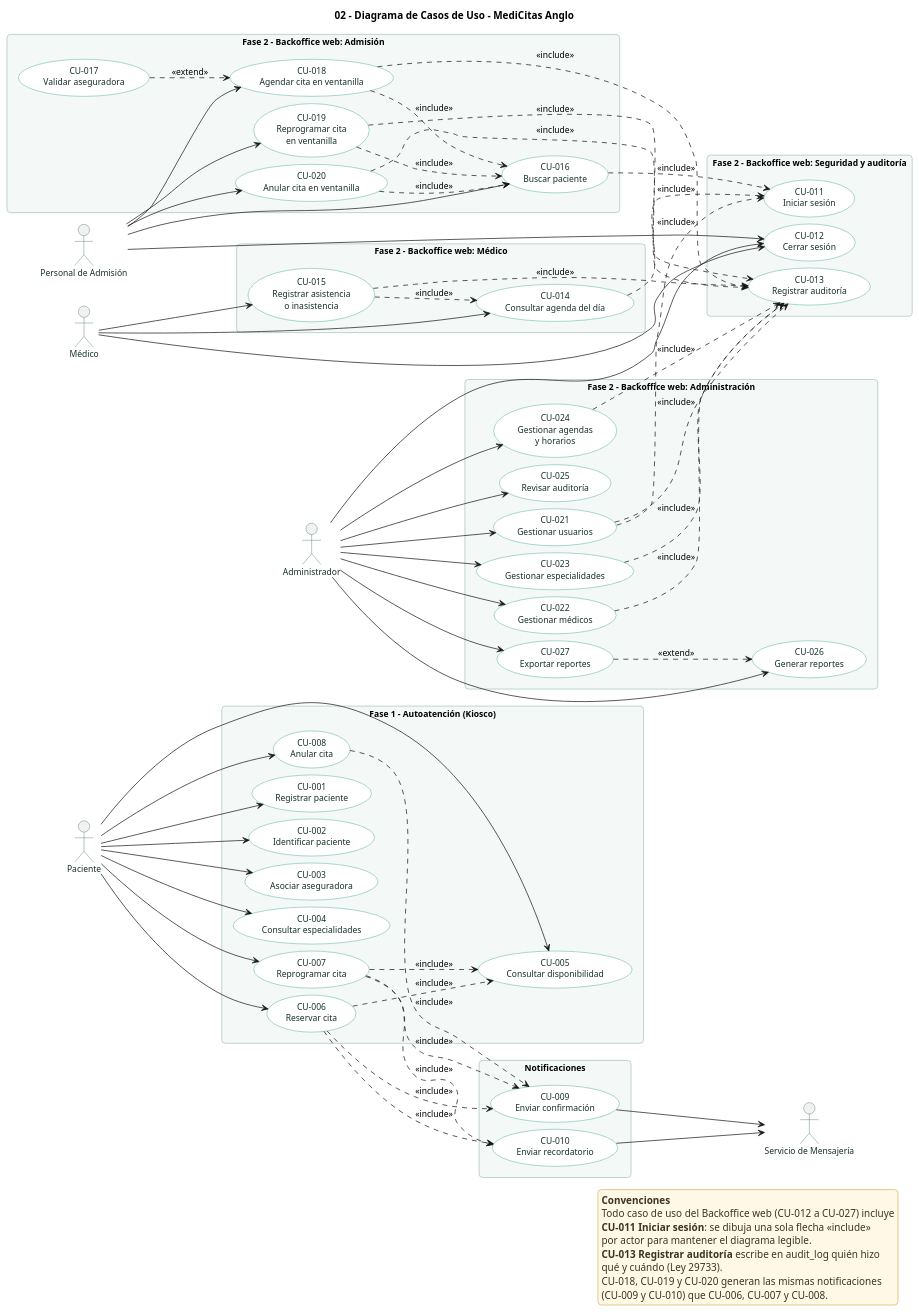
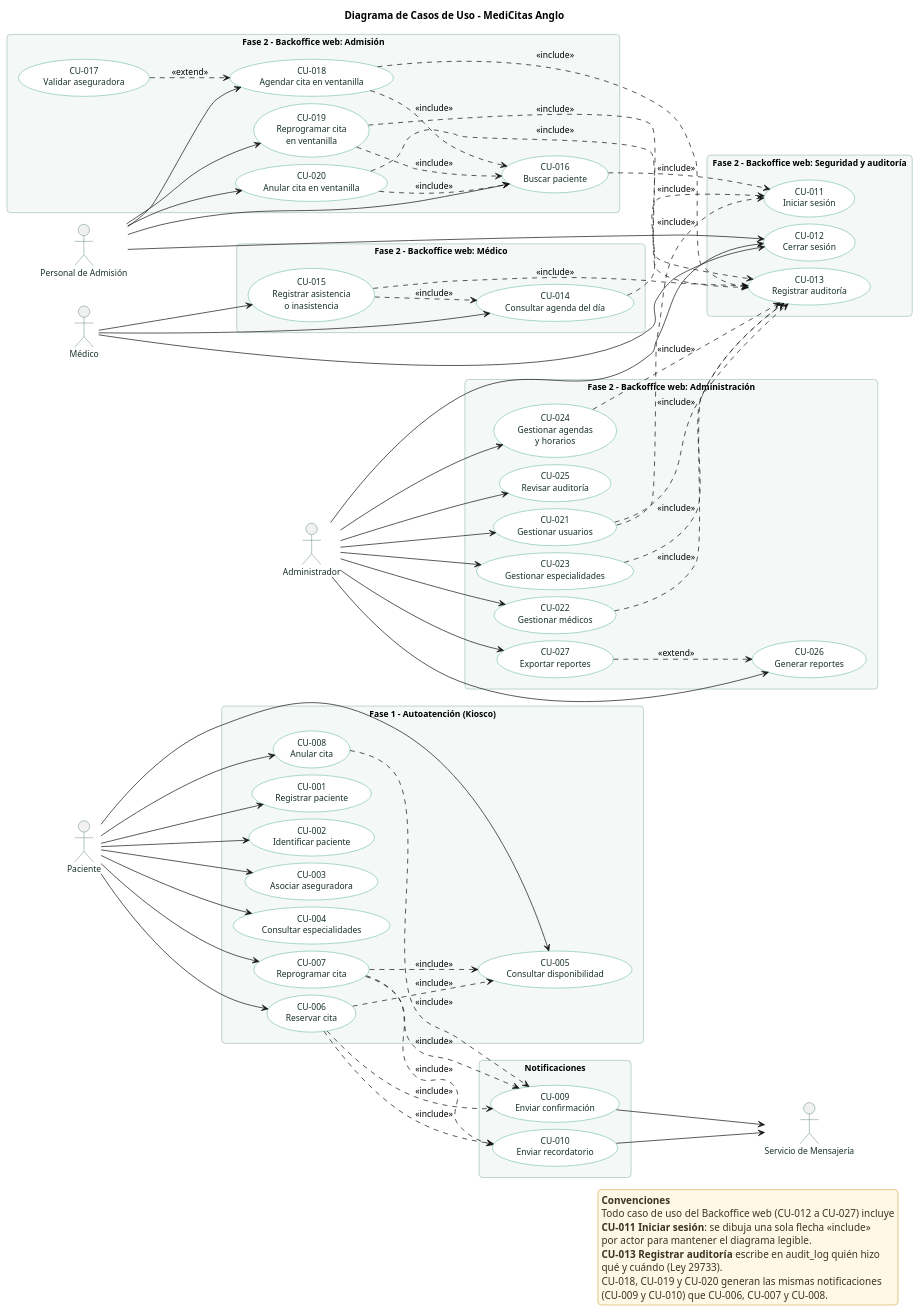
One commit to Jimena-CC/ProyectoCitasMedicas changed the diagram in docs/diagrams/use-cases/use-case-diagram.puml. Above: the diagram before and after it, drawn with PlantUML. The commit also changed 11 other files, not shown here.

Commit message:
docs(diagramas): quitar numeración de los títulos de los diagramas

```diff
--- a/docs/diagrams/use-cases/use-case-diagram.puml
+++ b/docs/diagrams/use-cases/use-case-diagram.puml
@@ -1,177 +1,177 @@
 @startuml
-title 02 - Diagrama de Casos de Uso - MediCitas Anglo
+title Diagrama de Casos de Uso - MediCitas Anglo
 
 left to right direction
 
 skinparam shadowing false
 skinparam roundCorner 10
 skinparam defaultFontName "Helvetica"
 skinparam defaultFontSize 12
 skinparam nodesep 10
 skinparam ranksep 60
 skinparam packageStyle rectangle
 
 skinparam actor {
   BorderColor #2F5D56
   FontColor #17302B
 }
 
 skinparam usecase {
   BackgroundColor #FFFFFF
   BorderColor #13917D
   FontColor #17302B
 }
 
 skinparam package {
   BackgroundColor #F4F8F7
   BorderColor #A9C4BD
   FontColor #17302B
   BorderStyle dashed
 }
 
 skinparam legend {
   BackgroundColor #FFF8E6
   BorderColor #D9B45A
   FontColor #3D3321
 }
 
 ' ---------------------------------------------------------------
 ' Actores (los internos usan el Backoffice web; el Paciente, el Kiosco)
 ' ---------------------------------------------------------------
 actor Paciente as Paciente
 actor "Personal de Admisión" as Admision
 actor Médico as Medico
 actor Administrador as Admin
 actor "Servicio de Mensajería" as Mensajeria
 
 ' ---------------------------------------------------------------
 ' Casos de uso
 ' ---------------------------------------------------------------
 package "Fase 1 - Autoatención (Kiosco)" {
   usecase "CU-001\nRegistrar paciente" as UC01
   usecase "CU-002\nIdentificar paciente" as UC02
   usecase "CU-003\nAsociar aseguradora" as UC03
   usecase "CU-004\nConsultar especialidades" as UC04
   usecase "CU-005\nConsultar disponibilidad" as UC05
   usecase "CU-006\nReservar cita" as UC06
   usecase "CU-007\nReprogramar cita" as UC07
   usecase "CU-008\nAnular cita" as UC08
 }
 
 package "Notificaciones" {
   usecase "CU-009\nEnviar confirmación" as UC09
   usecase "CU-010\nEnviar recordatorio" as UC10
 }
 
 package "Fase 2 - Backoffice web: Admisión" {
   usecase "CU-016\nBuscar paciente" as UC16
   usecase "CU-017\nValidar aseguradora" as UC17
   usecase "CU-018\nAgendar cita en ventanilla" as UC18
   usecase "CU-019\nReprogramar cita\nen ventanilla" as UC19
   usecase "CU-020\nAnular cita en ventanilla" as UC20
 }
 
 package "Fase 2 - Backoffice web: Seguridad y auditoría" {
   usecase "CU-011\nIniciar sesión" as UC11
   usecase "CU-012\nCerrar sesión" as UC12
   usecase "CU-013\nRegistrar auditoría" as UC13
 }
 
 package "Fase 2 - Backoffice web: Médico" {
   usecase "CU-014\nConsultar agenda del día" as UC14
   usecase "CU-015\nRegistrar asistencia\no inasistencia" as UC15
 }
 
 package "Fase 2 - Backoffice web: Administración" {
   usecase "CU-021\nGestionar usuarios" as UC21
   usecase "CU-022\nGestionar médicos" as UC22
   usecase "CU-023\nGestionar especialidades" as UC23
   usecase "CU-024\nGestionar agendas\ny horarios" as UC24
   usecase "CU-025\nRevisar auditoría" as UC25
   usecase "CU-026\nGenerar reportes" as UC26
   usecase "CU-027\nExportar reportes" as UC27
 }
 
 ' ---------------------------------------------------------------
 ' Paciente (Fase 1, Kiosco)
 ' ---------------------------------------------------------------
 Paciente --> UC01
 Paciente --> UC02
 Paciente --> UC03
 Paciente --> UC04
 Paciente --> UC05
 Paciente --> UC06
 Paciente --> UC07
 Paciente --> UC08
 
 UC06 ..> UC05 : <<include>>
 UC07 ..> UC05 : <<include>>
 UC06 ..> UC09 : <<include>>
 UC06 ..> UC10 : <<include>>
 UC07 ..> UC09 : <<include>>
 UC07 ..> UC10 : <<include>>
 UC08 ..> UC09 : <<include>>
 
 UC09 --> Mensajeria
 UC10 --> Mensajeria
 
 ' ---------------------------------------------------------------
 ' Personal de Admisión (Fase 2, Backoffice web)
 ' ---------------------------------------------------------------
 Admision --> UC16
 Admision --> UC18
 Admision --> UC19
 Admision --> UC20
 Admision --> UC12
 
 UC16 ..> UC11 : <<include>>
 UC18 ..> UC16 : <<include>>
 UC19 ..> UC16 : <<include>>
 UC20 ..> UC16 : <<include>>
 UC17 ..> UC18 : <<extend>>
 UC18 ..> UC13 : <<include>>
 UC19 ..> UC13 : <<include>>
 UC20 ..> UC13 : <<include>>
 
 ' ---------------------------------------------------------------
 ' Médico (Fase 2, Backoffice web)
 ' ---------------------------------------------------------------
 Medico --> UC14
 Medico --> UC15
 Medico --> UC12
 
 UC14 ..> UC11 : <<include>>
 UC15 ..> UC14 : <<include>>
 UC15 ..> UC13 : <<include>>
 
 ' ---------------------------------------------------------------
 ' Administrador (Fase 2, Backoffice web)
 ' ---------------------------------------------------------------
 Admin --> UC21
 Admin --> UC22
 Admin --> UC23
 Admin --> UC24
 Admin --> UC25
 Admin --> UC26
 Admin --> UC27
 Admin --> UC12
 
 UC21 ..> UC11 : <<include>>
 UC21 ..> UC13 : <<include>>
 UC22 ..> UC13 : <<include>>
 UC23 ..> UC13 : <<include>>
 UC24 ..> UC13 : <<include>>
 UC27 ..> UC26 : <<extend>>
 
 legend right
   <b>Convenciones</b>
   Todo caso de uso del Backoffice web (CU-012 a CU-027) incluye
   <b>CU-011 Iniciar sesión</b>: se dibuja una sola flecha <<include>>
   por actor para mantener el diagrama legible.
   <b>CU-013 Registrar auditoría</b> escribe en audit_log quién hizo
   qué y cuándo (Ley 29733).
   CU-018, CU-019 y CU-020 generan las mismas notificaciones
   (CU-009 y CU-010) que CU-006, CU-007 y CU-008.
 endlegend
 
 @enduml
```
